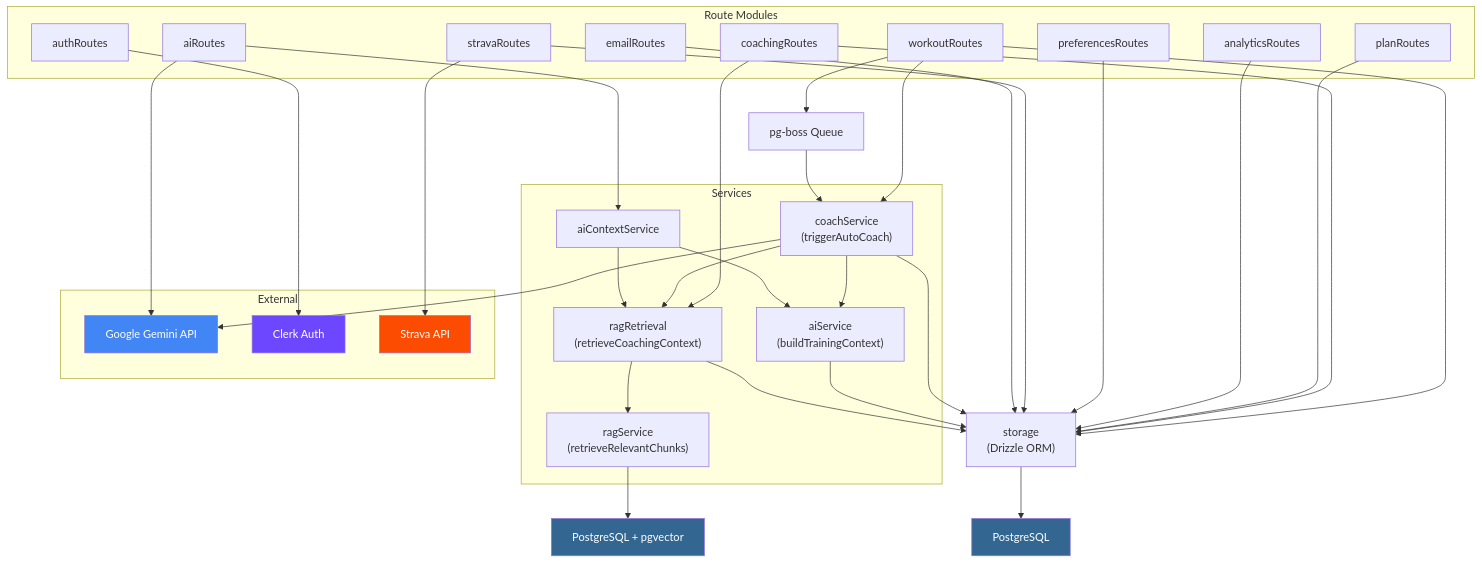
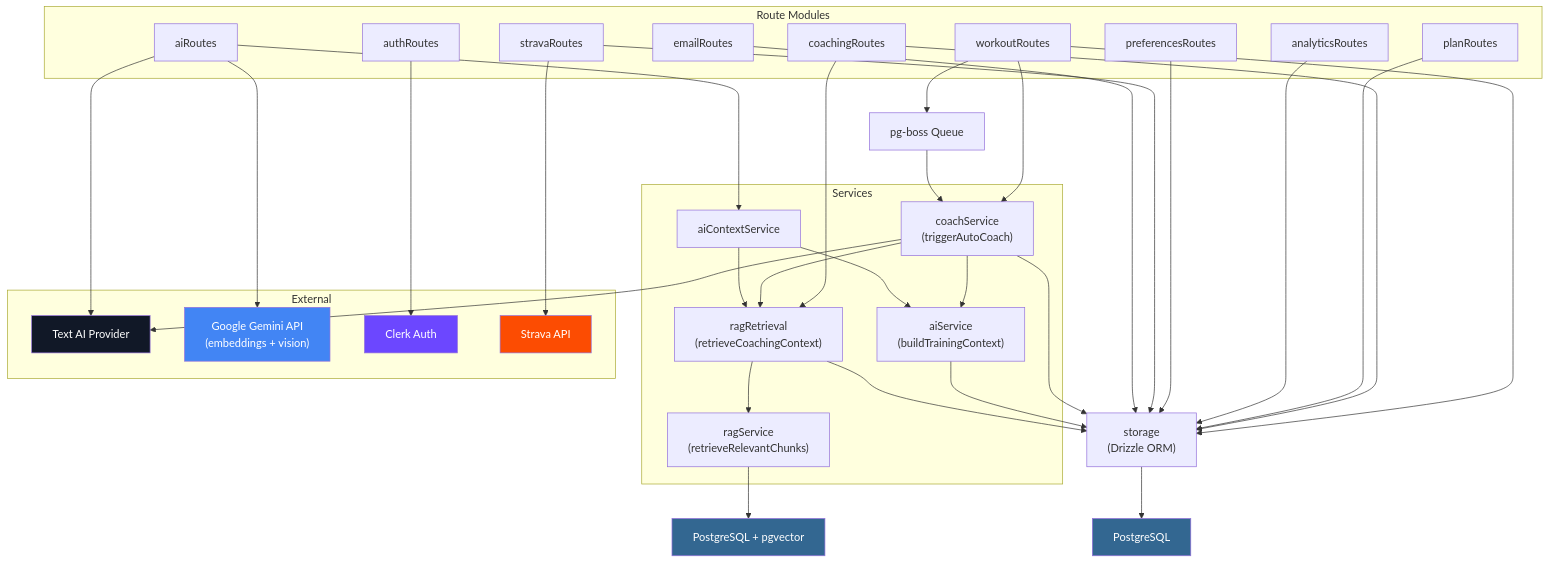
Before and after one commit to daler91/Hyrox-Companion: the seventh of 8 diagrams in docs/architecture.md, drawn with Mermaid. The commit also changed other lines of this file and 46 other files, not shown here.

````diff
--- a/docs/architecture.md
+++ b/docs/architecture.md
@@ -332,70 +333,73 @@
 ```mermaid
 graph TD
     subgraph Route Modules
         R_AUTH["authRoutes"]
         R_PREFS["preferencesRoutes"]
         R_EMAIL["emailRoutes"]
         R_AI["aiRoutes"]
         R_ANALYTICS["analyticsRoutes"]
         R_WORKOUTS["workoutRoutes"]
         R_PLANS["planRoutes"]
         R_COACHING["coachingRoutes"]
         R_STRAVA["stravaRoutes"]
     end
 
     subgraph Services
         S_COACH["coachService\n(triggerAutoCoach)"]
         S_AI["aiService\n(buildTrainingContext)"]
         S_RAG["ragRetrieval\n(retrieveCoachingContext)"]
         S_RAG_SVC["ragService\n(retrieveRelevantChunks)"]
         S_AI_CTX["aiContextService"]
     end
 
     subgraph External
-        GEMINI["Google Gemini API"]
+        AITEXT["Text AI Provider"]
+        GEMINI["Google Gemini API\n(embeddings + vision)"]
         CLERK["Clerk Auth"]
         STRAVA_API["Strava API"]
     end
 
     STORAGE["storage\n(Drizzle ORM)"]
     PG["PostgreSQL"]
     PGVEC["PostgreSQL + pgvector"]
     QUEUE["pg-boss Queue"]
 
     R_WORKOUTS --> S_COACH
     R_WORKOUTS --> STORAGE
     R_AI --> S_AI_CTX
+    R_AI --> AITEXT
     R_AI --> GEMINI
     R_COACHING --> S_RAG
     R_COACHING --> STORAGE
     R_PLANS --> STORAGE
     R_ANALYTICS --> STORAGE
     R_PREFS --> STORAGE
     R_AUTH --> CLERK
     R_STRAVA --> STRAVA_API
     R_STRAVA --> STORAGE
     R_EMAIL --> STORAGE
 
     S_COACH --> S_AI
     S_COACH --> S_RAG
-    S_COACH --> GEMINI
+    S_COACH --> AITEXT
     S_COACH --> STORAGE
 
     S_AI_CTX --> S_AI
     S_AI_CTX --> S_RAG
 
     S_AI --> STORAGE
     S_RAG --> S_RAG_SVC
     S_RAG --> STORAGE
     S_RAG_SVC --> PGVEC
 
     STORAGE --> PG
     R_WORKOUTS --> QUEUE
     QUEUE --> S_COACH
 
+    style AITEXT fill:#111827,color:#fff
     style GEMINI fill:#4285f4,color:#fff
     style CLERK fill:#6c47ff,color:#fff
     style STRAVA_API fill:#fc4c02,color:#fff
     style PG fill:#336791,color:#fff
     style PGVEC fill:#336791,color:#fff
 ```
````
